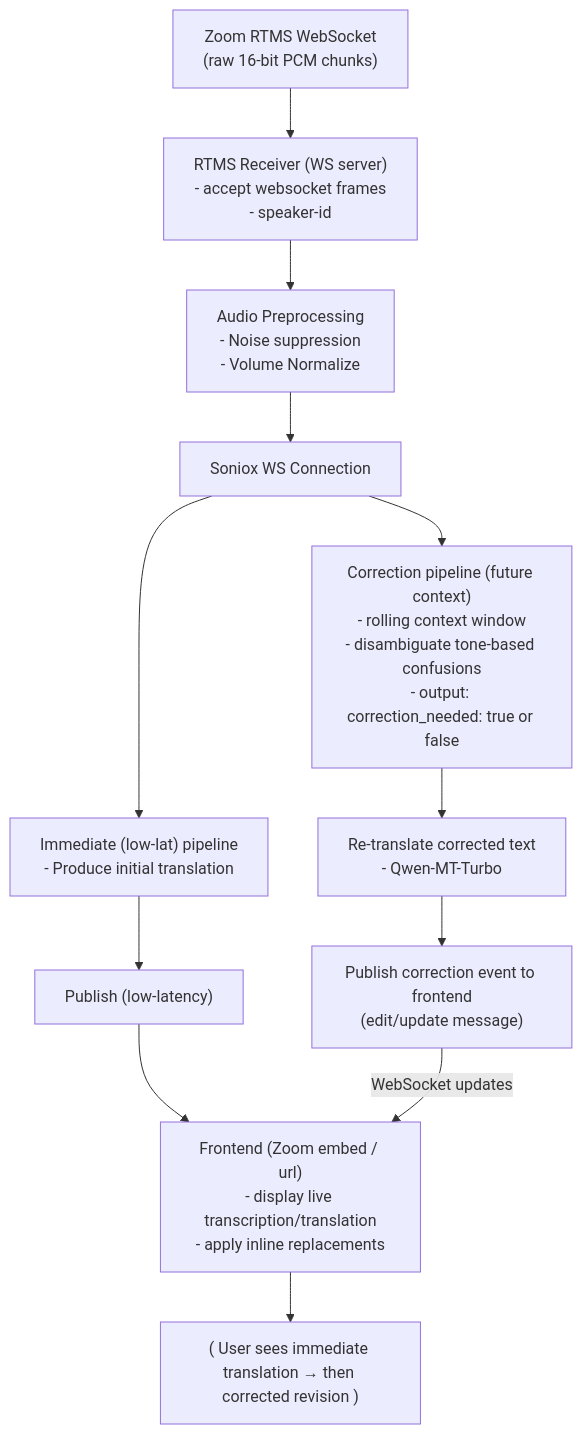
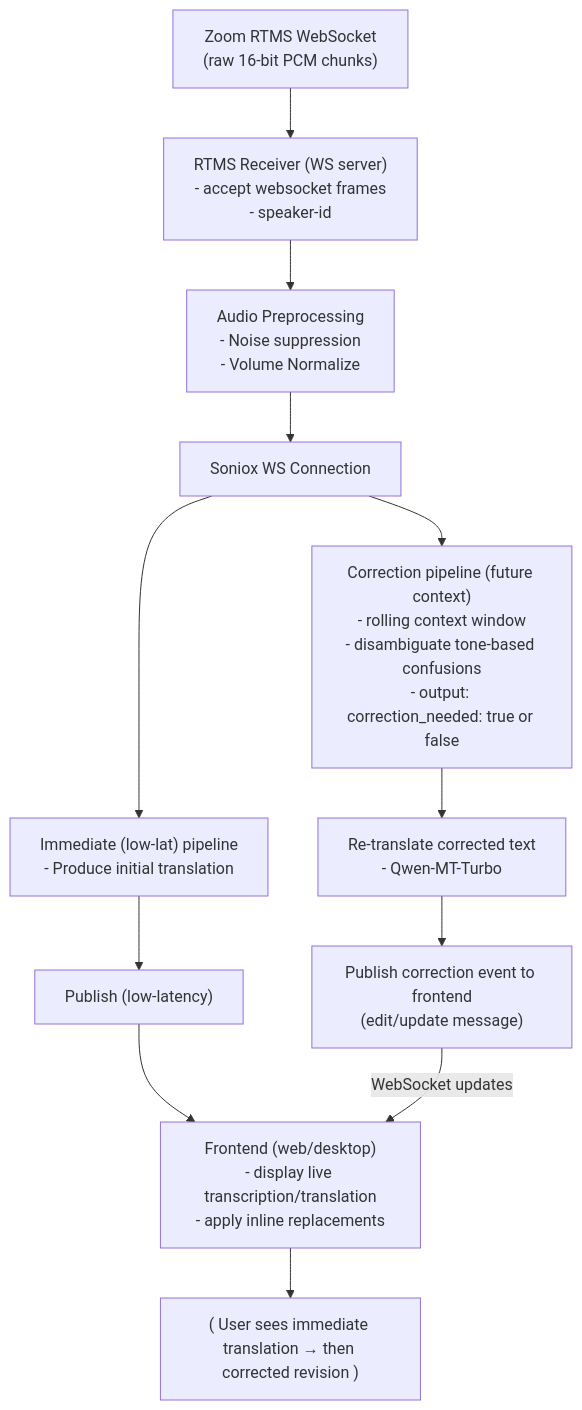
One commit to jcarpenter-uam/calc-translation changed the diagram in README.md. Above: the diagram before and after it, drawn with Mermaid. The commit also changed other lines of this file and 57 other files, not shown here.

````diff
--- a/README.md
+++ b/README.md
@@ -9,18 +9,18 @@
 ```mermaid
 graph TD
     A["Zoom RTMS WebSocket<br>(raw 16-bit PCM chunks)"] --> B["RTMS Receiver (WS server)<br>- accept websocket frames<br>- speaker-id"];
     B --> C["Audio Preprocessing<br>- Noise suppression<br>- Volume Normalize"];
     C --> D["Soniox WS Connection"];
 
     D --> E["Immediate (low-lat) pipeline<br>- Produce initial translation"];
     D --> F["Correction pipeline (future context)<br>- rolling context window<br>- disambiguate tone-based confusions<br>- output: correction_needed: true or false "];
 
     E --> G["Publish (low-latency)"];
     F --> H["Re-translate corrected text<br>- Qwen-MT-Turbo"];
     H --> I["Publish correction event to frontend<br>(edit/update message)"];
 
-    G --> J["Frontend (Zoom embed / url)<br>- display live transcription/translation<br>- apply inline replacements"];
+    G --> J["Frontend (web/desktop)<br>- display live transcription/translation<br>- apply inline replacements"];
     I -- "WebSocket updates" --> J;
 
     J --> K["( User sees immediate translation → then corrected revision )"];
 ```
````
